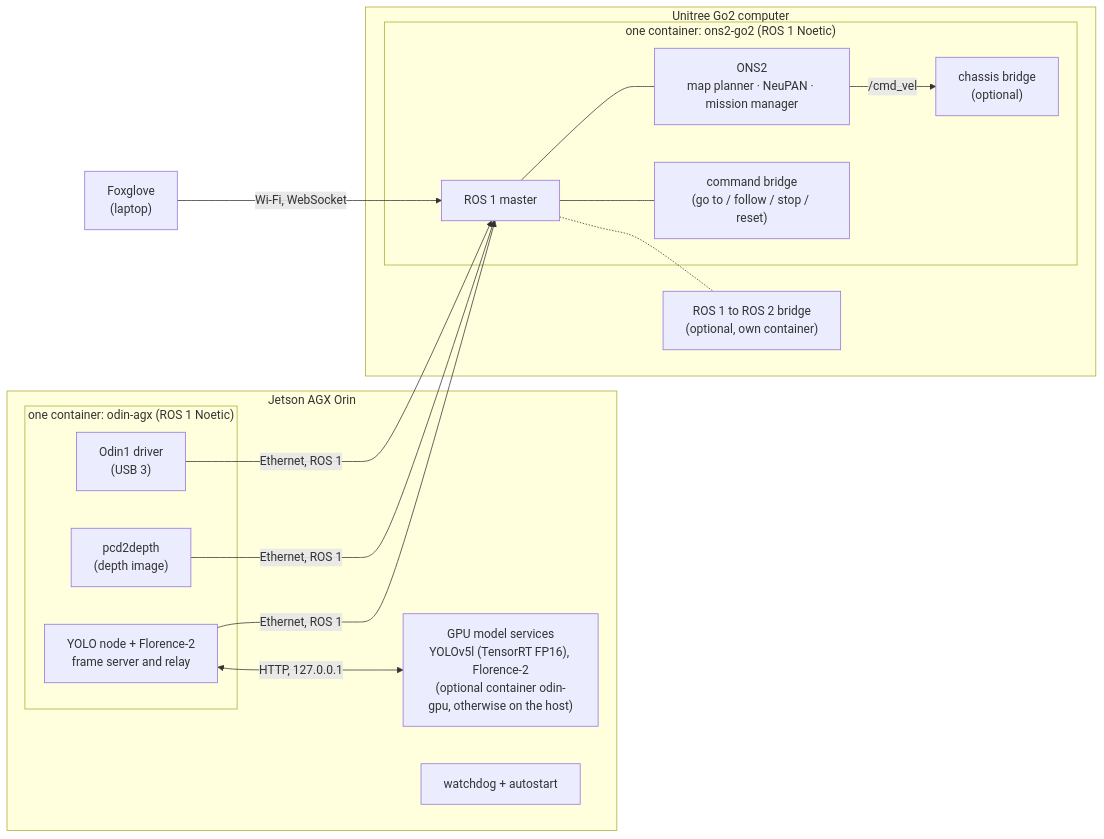
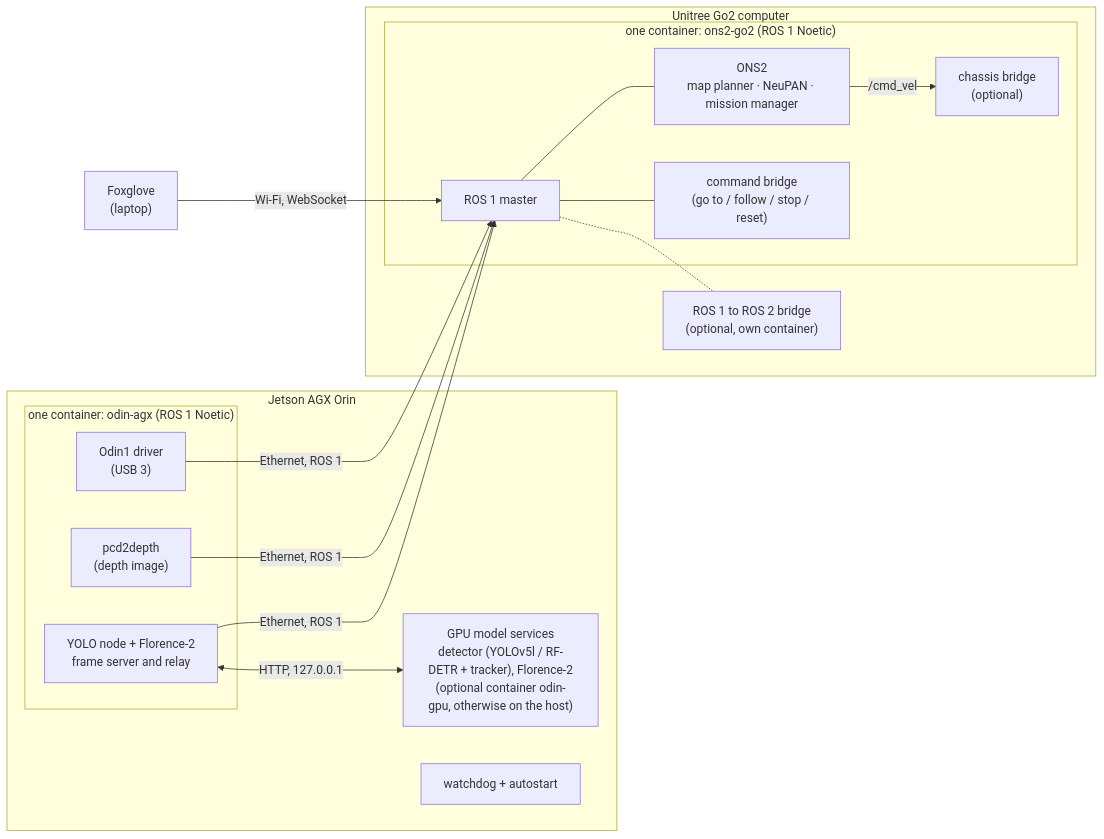
One commit to datamentors/Odin-Nav-Stack2 changed the diagram in go2_agx/README.md. Above: the diagram before and after it, drawn with Mermaid. The commit also changed other lines of this file and 27 other files, not shown here.

First line of the commit message:
feat(go2_agx): selectable GPU detector + tracker with /perception topics

````diff
--- a/go2_agx/README.md
+++ b/go2_agx/README.md
@@ -15,28 +15,28 @@
 ```mermaid
 flowchart LR
   subgraph AGX["Jetson AGX Orin"]
     subgraph AC["one container: odin-agx (ROS 1 Noetic)"]
       O1["Odin1 driver<br/>(USB 3)"]
       D["pcd2depth<br/>(depth image)"]
       Y["YOLO node + Florence-2<br/>frame server and relay"]
     end
-    G["GPU model services<br/>YOLOv5l (TensorRT FP16), Florence-2<br/>(optional container odin-gpu, otherwise on the host)"]
+    G["GPU model services<br/>detector (YOLOv5l / RF-DETR + tracker), Florence-2<br/>(optional container odin-gpu, otherwise on the host)"]
     W["watchdog + autostart"]
     Y <-- "HTTP, 127.0.0.1" --> G
   end
   subgraph GO2["Unitree Go2 computer"]
     subgraph GC["one container: ons2-go2 (ROS 1 Noetic)"]
       M["ROS 1 master"]
       N["ONS2<br/>map planner · NeuPAN · mission manager"]
       B["command bridge<br/>(go to / follow / stop / reset)"]
       C["chassis bridge<br/>(optional)"]
     end
     RB["ROS 1 to ROS 2 bridge<br/>(optional, own container)"]
     M -.- RB
   end
   FG["Foxglove<br/>(laptop)"]
   O1 & D & Y -- "Ethernet, ROS 1" --> M
   M --- N & B
   N -- "/cmd_vel" --> C
   FG -- "Wi-Fi, WebSocket" --> M
 ```
````
